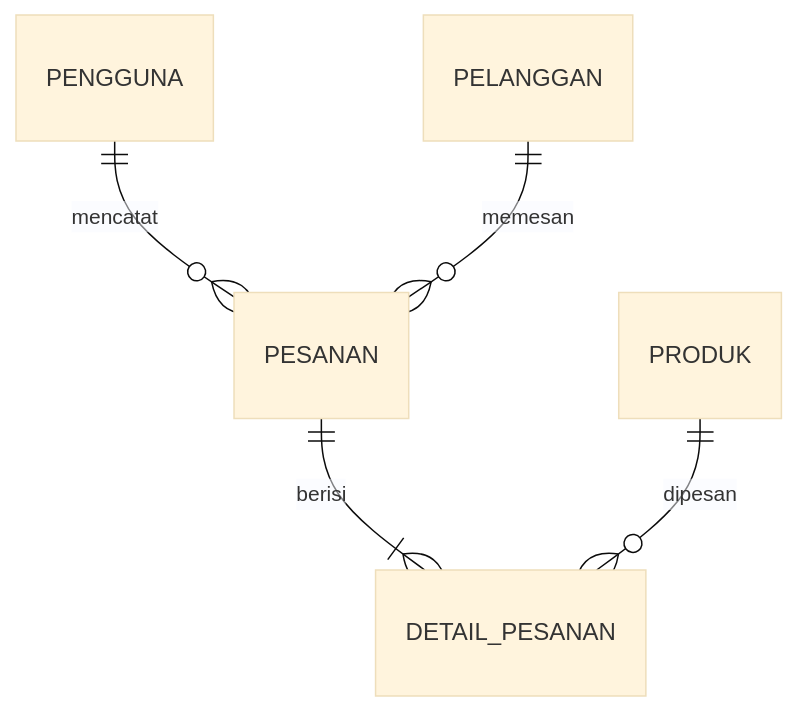
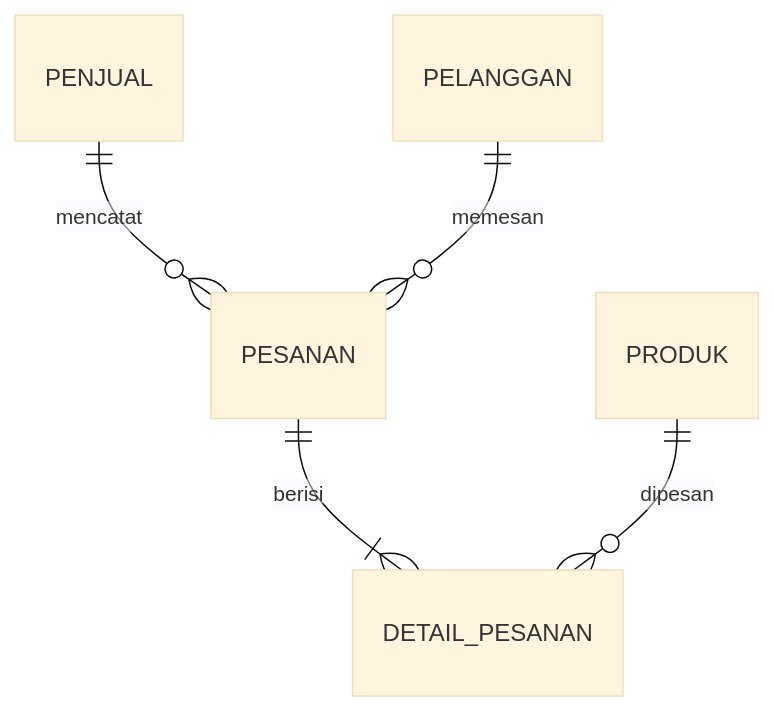
The diagram in README.md (d0nqiote/Project-PBO), drawn with Mermaid (base theme) before and after one commit.

````diff
--- a/README.md
+++ b/README.md
@@ -131,7 +131,7 @@
 ```mermaid
 erDiagram
-    PENGGUNA ||--o{ PESANAN : mencatat
+    PENJUAL ||--o{ PESANAN : mencatat
     PELANGGAN ||--o{ PESANAN : memesan
     PESANAN ||--|{ DETAIL_PESANAN : berisi
     PRODUK ||--o{ DETAIL_PESANAN : dipesan
 ```
````
